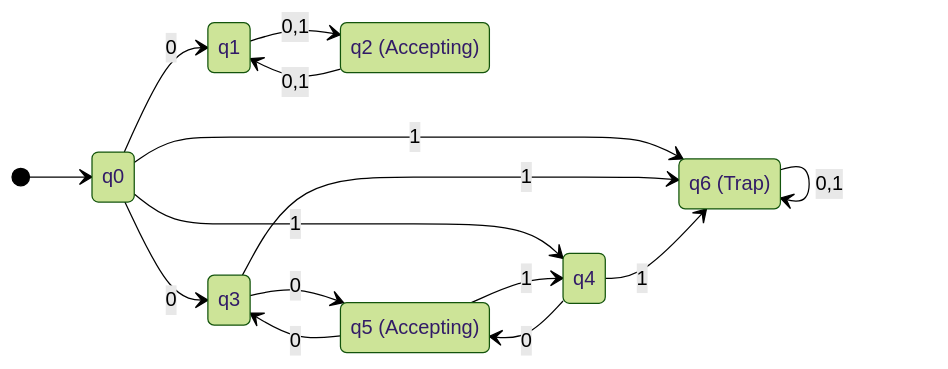
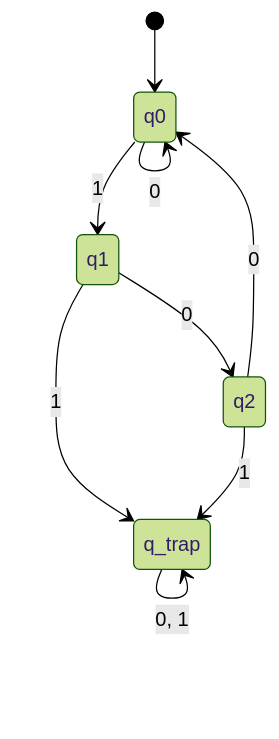
One commit to vikas-movva/Obsidian changed the eighth of 12 diagrams in School/CP414 Foundations of Computing/Assignments/Assignment 1.md. Above: the diagram before and after it, drawn with Mermaid (forest theme). The commit also changed other lines of this file and 1 other file, not shown here.

````diff
--- a/School/CP414 Foundations of Computing/Assignments/Assignment 1.md
+++ b/School/CP414 Foundations of Computing/Assignments/Assignment 1.md
@@ -53,21 +173,12 @@
 ```mermaid
 stateDiagram-v2
-    direction LR
     [*] --> q0
-    q0 --> q1: 0
-    q0 --> q6: 1
-    q1 --> q2: 0,1
-    q2 --> q1: 0,1
-    q6 --> q6: 0,1
-    q2: q2 (Accepting)
-    q0 --> q3: 0
-    q0 --> q4: 1
-    q3 --> q5: 0
-    q3 --> q6: 1
-    q4 --> q5: 0
-    q4 --> q6: 1
-    q5 --> q3: 0
-    q5 --> q4: 1
-    q6: q6 (Trap)
-    q5: q5 (Accepting)
+    state q0 <<accept>>
+    q0 --> q1: 1
+    q0 --> q0: 0
+    q1 --> q2: 0
+    q1 --> q_trap: 1
+    q2 --> q0: 0
+    q2 --> q_trap: 1
+    q_trap --> q_trap: 0, 1
 ```
````
